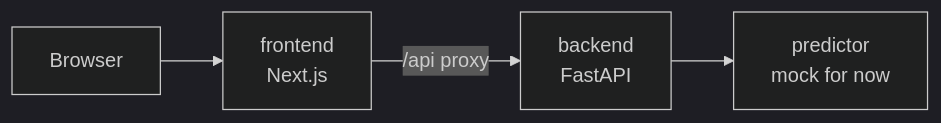
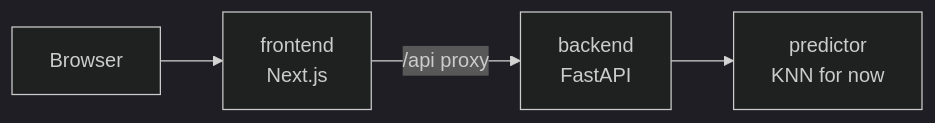
The diagram in docs/architecture/overview.md (muhammadov-q/team4), drawn with Mermaid (dark theme) before and after one commit. The commit also changed 3 other files, not shown here.

````diff
--- a/docs/architecture/overview.md
+++ b/docs/architecture/overview.md
@@ -5,6 +5,6 @@
 ```mermaid
 flowchart LR
     Browser --> Frontend["frontend<br/>Next.js"]
     Frontend -->|"/api proxy"| Backend["backend<br/>FastAPI"]
-    Backend --> Predictor["predictor<br/>mock for now"]
+    Backend --> Predictor["predictor<br/>KNN for now"]
 ```
````
